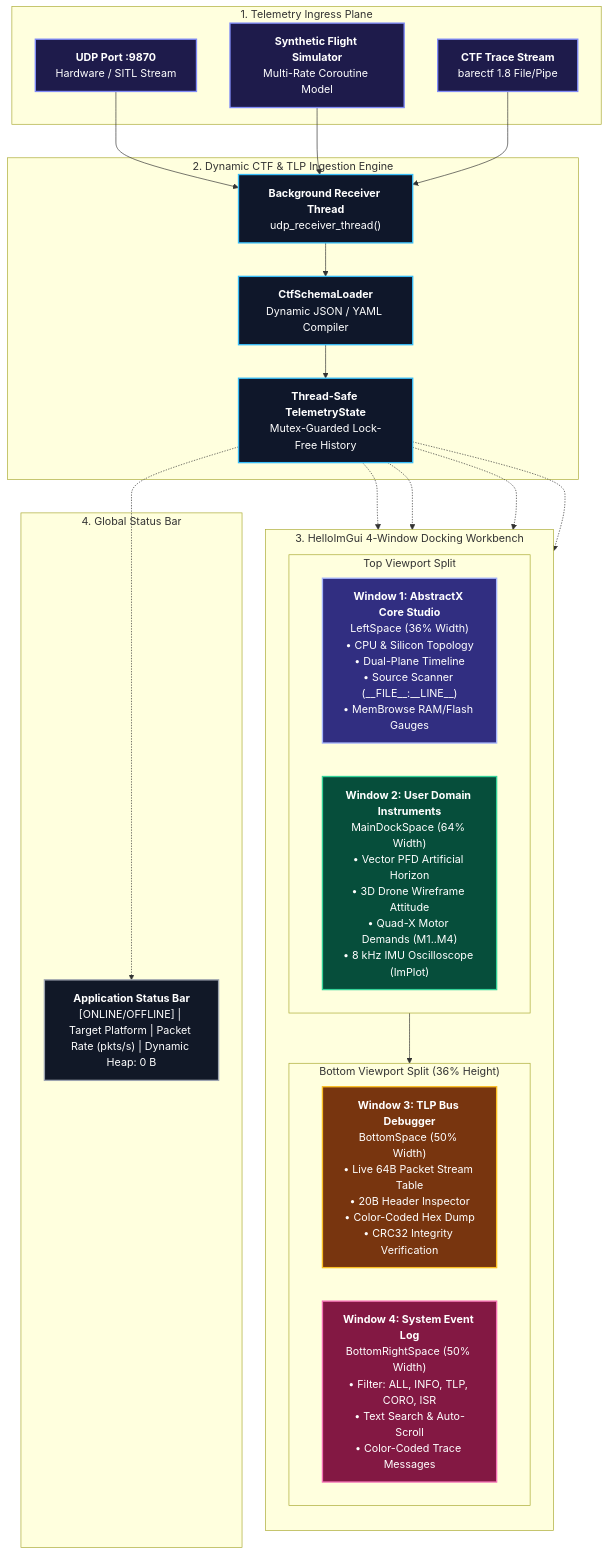
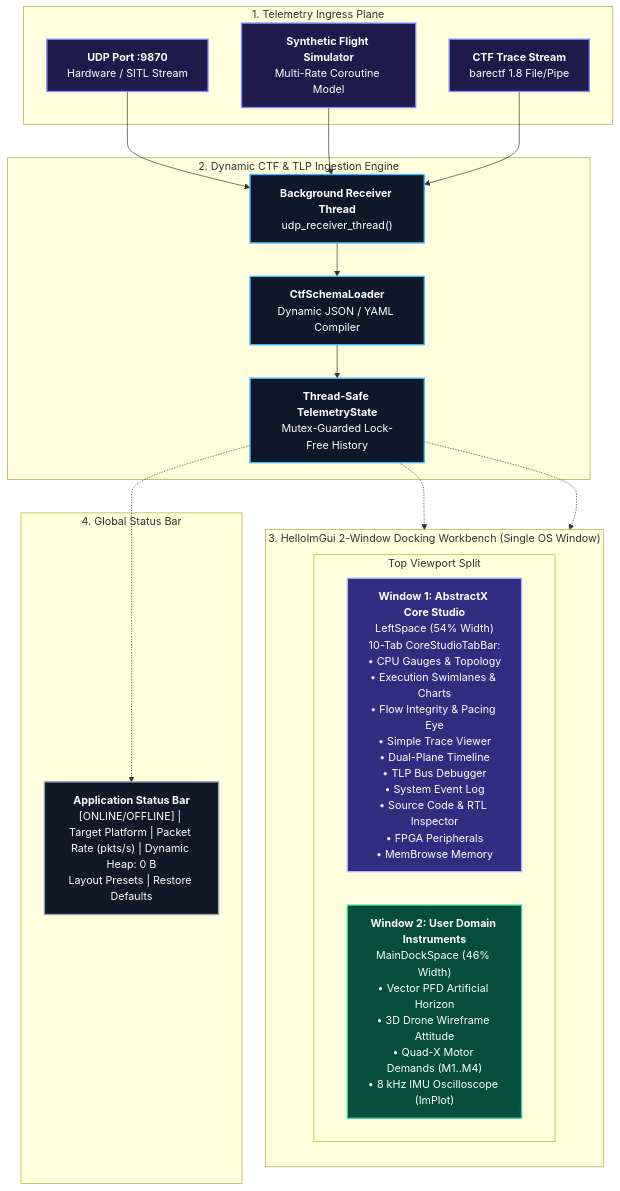
Before and after one commit to tcmichals/AbstractX: the diagram in tools/visualizer/SPECIFICATION.md, drawn with Mermaid. The commit also changed other lines of this file and 3 other files, not shown here.

````diff
--- a/tools/visualizer/SPECIFICATION.md
+++ b/tools/visualizer/SPECIFICATION.md
@@ -17,61 +19,49 @@
 ```mermaid
 flowchart TD
     subgraph INGRESS_LAYER["1. Telemetry Ingress Plane"]
         UDP_PORT["<b>UDP Port :9870</b><br/>Hardware / SITL Stream"]
         SIM_GEN["<b>Synthetic Flight Simulator</b><br/>Multi-Rate Coroutine Model"]
         CTF_FILE["<b>CTF Trace Stream</b><br/>barectf 1.8 File/Pipe"]
     end
 
     subgraph DECODER_LAYER["2. Dynamic CTF & TLP Ingestion Engine"]
         RCV_THREAD["<b>Background Receiver Thread</b><br/>udp_receiver_thread()"]
         SCHEMA_LDR["<b>CtfSchemaLoader</b><br/>Dynamic JSON / YAML Compiler"]
         STATE_STORE["<b>Thread-Safe TelemetryState</b><br/>Mutex-Guarded Lock-Free History"]
     end
 
-    subgraph DOCKING_WORKBENCH["3. HelloImGui 4-Window Docking Workbench"]
+    subgraph DOCKING_WORKBENCH["3. HelloImGui 2-Window Docking Workbench (Single OS Window)"]
         direction TB
         subgraph TOP_DOCK["Top Viewport Split"]
             direction LR
-            WIN_CORE["<b>Window 1: AbstractX Core Studio</b><br/>LeftSpace (36% Width)<br/>• CPU & Silicon Topology<br/>• Dual-Plane Timeline<br/>• Source Scanner (__FILE__:__LINE__)<br/>• MemBrowse RAM/Flash Gauges"]
-            WIN_USER["<b>Window 2: User Domain Instruments</b><br/>MainDockSpace (64% Width)<br/>• Vector PFD Artificial Horizon<br/>• 3D Drone Wireframe Attitude<br/>• Quad-X Motor Demands (M1..M4)<br/>• 8 kHz IMU Oscilloscope (ImPlot)"]
+            WIN_CORE["<b>Window 1: AbstractX Core Studio</b><br/>LeftSpace (54% Width)<br/>10-Tab CoreStudioTabBar:<br/>• CPU Gauges & Topology<br/>• Execution Swimlanes & Charts<br/>• Flow Integrity & Pacing Eye<br/>• Simple Trace Viewer<br/>• Dual-Plane Timeline<br/>• TLP Bus Debugger<br/>• System Event Log<br/>• Source Code & RTL Inspector<br/>• FPGA Peripherals<br/>• MemBrowse Memory"]
+            WIN_USER["<b>Window 2: User Domain Instruments</b><br/>MainDockSpace (46% Width)<br/>• Vector PFD Artificial Horizon<br/>• 3D Drone Wireframe Attitude<br/>• Quad-X Motor Demands (M1..M4)<br/>• 8 kHz IMU Oscilloscope (ImPlot)"]
         end
-        subgraph BOT_DOCK["Bottom Viewport Split (36% Height)"]
-            direction LR
-            WIN_TLP["<b>Window 3: TLP Bus Debugger</b><br/>BottomSpace (50% Width)<br/>• Live 64B Packet Stream Table<br/>• 20B Header Inspector<br/>• Color-Coded Hex Dump<br/>• CRC32 Integrity Verification"]
-            WIN_LOG["<b>Window 4: System Event Log</b><br/>BottomRightSpace (50% Width)<br/>• Filter: ALL, INFO, TLP, CORO, ISR<br/>• Text Search & Auto-Scroll<br/>• Color-Coded Trace Messages"]
-        end
-        TOP_DOCK --> BOT_DOCK
     end
 
     subgraph STATUS_LAYER["4. Global Status Bar"]
-        BAR["<b>Application Status Bar</b><br/>[ONLINE/OFFLINE] | Target Platform | Packet Rate (pkts/s) | Dynamic Heap: 0 B"]
+        BAR["<b>Application Status Bar</b><br/>[ONLINE/OFFLINE] | Target Platform | Packet Rate (pkts/s) | Dynamic Heap: 0 B<br/>Layout Presets | Restore Defaults"]
     end
 
     UDP_PORT --> RCV_THREAD
     SIM_GEN --> RCV_THREAD
     CTF_FILE --> RCV_THREAD
 
     RCV_THREAD --> SCHEMA_LDR --> STATE_STORE
 
     STATE_STORE -.-> WIN_CORE
     STATE_STORE -.-> WIN_USER
-    STATE_STORE -.-> WIN_TLP
-    STATE_STORE -.-> WIN_LOG
     STATE_STORE -.-> BAR
 
     classDef ingStyle fill:#1e1b4b,stroke:#818cf8,stroke-width:2px,color:#ffffff;
     classDef decStyle fill:#0f172a,stroke:#38bdf8,stroke-width:2px,color:#ffffff;
     classDef winCoreStyle fill:#312e81,stroke:#a5b4fc,stroke-width:2px,color:#ffffff;
     classDef winUserStyle fill:#064e3b,stroke:#34d399,stroke-width:2px,color:#ffffff;
-    classDef winTlpStyle fill:#78350f,stroke:#fbbf24,stroke-width:2px,color:#ffffff;
-    classDef winLogStyle fill:#831843,stroke:#f472b6,stroke-width:2px,color:#ffffff;
     classDef statStyle fill:#111827,stroke:#9ca3af,stroke-width:2px,color:#ffffff;
 
     class UDP_PORT,SIM_GEN,CTF_FILE ingStyle;
     class RCV_THREAD,SCHEMA_LDR,STATE_STORE decStyle;
     class WIN_CORE winCoreStyle;
     class WIN_USER winUserStyle;
-    class WIN_TLP winTlpStyle;
-    class WIN_LOG winLogStyle;
     class BAR statStyle;
 ```
````
